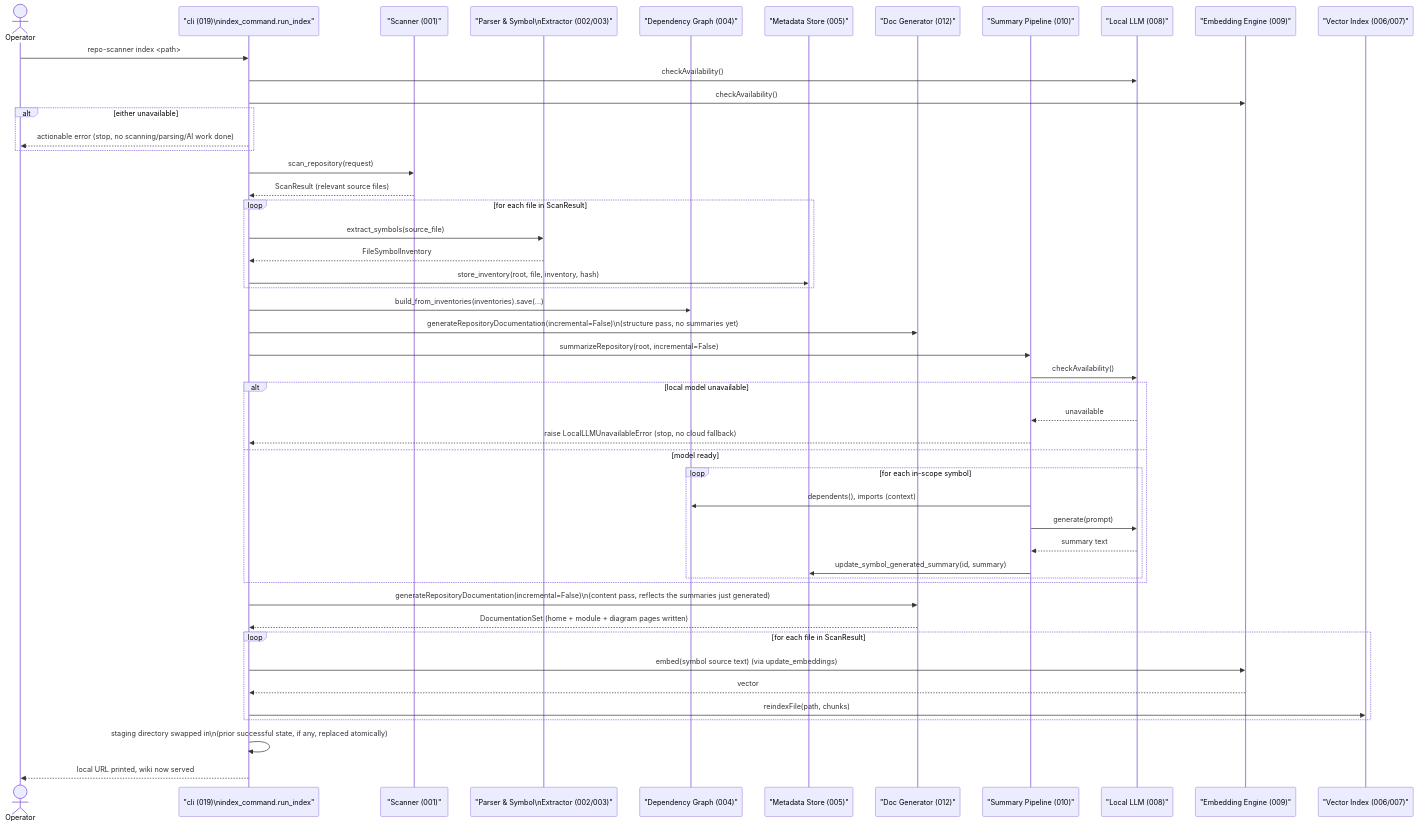
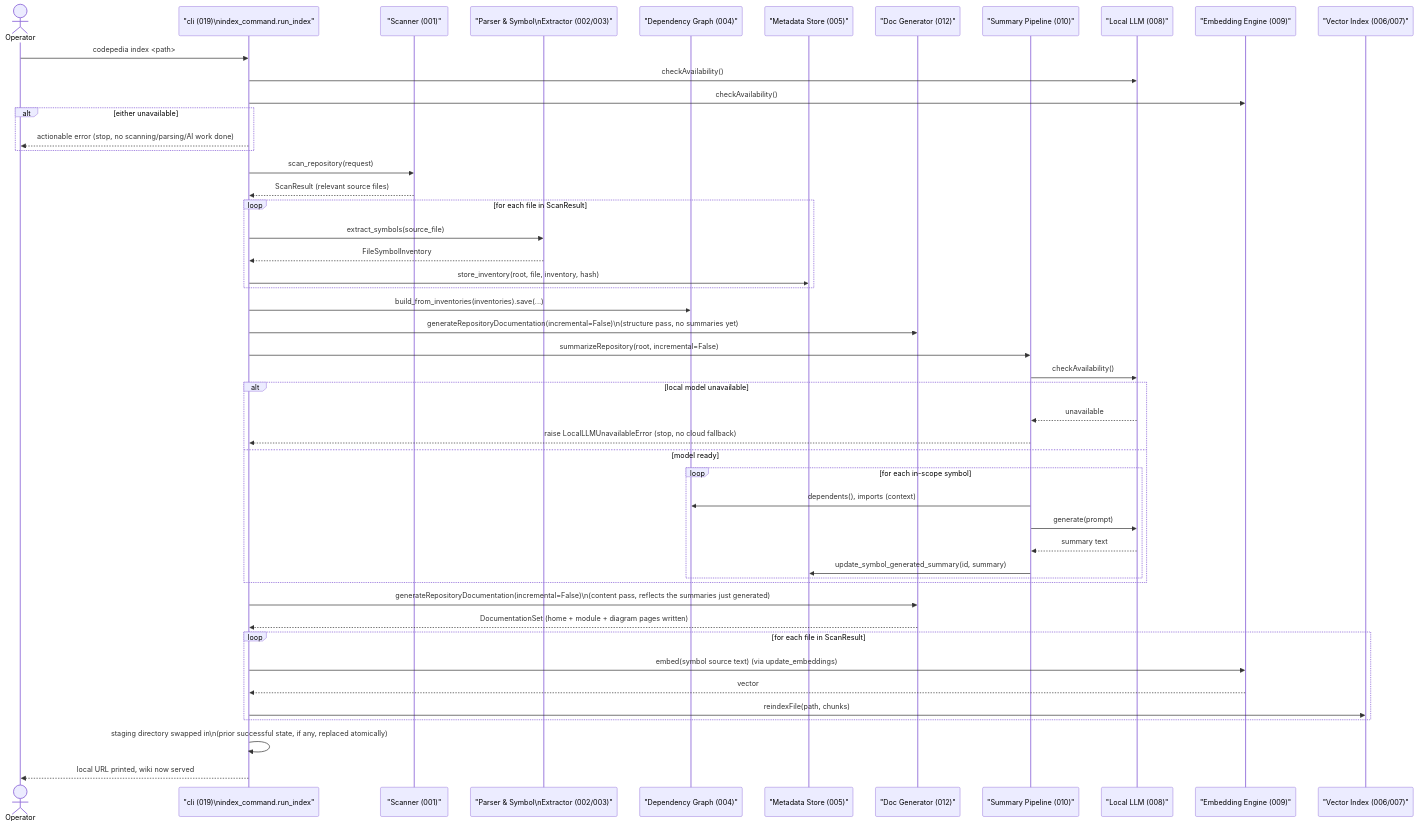
Before and after one commit to yassinelalaoui/codepedia: the diagram in docs/diagrams/sequence-diagrams/01-full-indexing.md, drawn with Mermaid. The commit also changed other lines of this file and 65 other files, not shown here.

First line of the commit message:
Rename project from repo-scanner to codepedia

````diff
--- a/docs/diagrams/sequence-diagrams/01-full-indexing.md
+++ b/docs/diagrams/sequence-diagrams/01-full-indexing.md
@@ -11,59 +11,59 @@
 ```mermaid
 sequenceDiagram
     actor Operator
     participant cli as "cli (019)\nindex_command.run_index"
     participant scan_repository as "Scanner (001)"
     participant extract_symbols as "Parser & Symbol\nExtractor (002/003)"
     participant DependencyGraph as "Dependency Graph (004)"
     participant RepositoryMetadataStore as "Metadata Store (005)"
     participant DocGenerator as "Doc Generator (012)"
     participant CodeSummaryPipeline as "Summary Pipeline (010)"
     participant LocalLLMEngine as "Local LLM (008)"
     participant EmbeddingEngine as "Embedding Engine (009)"
     participant VectorIndex as "Vector Index (006/007)"
 
-    Operator->>cli: repo-scanner index <path>
+    Operator->>cli: codepedia index <path>
     cli->>LocalLLMEngine: checkAvailability()
     cli->>EmbeddingEngine: checkAvailability()
     alt either unavailable
         cli-->>Operator: actionable error (stop, no scanning/parsing/AI work done)
     end
 
     cli->>scan_repository: scan_repository(request)
     scan_repository-->>cli: ScanResult (relevant source files)
 
     loop for each file in ScanResult
         cli->>extract_symbols: extract_symbols(source_file)
         extract_symbols-->>cli: FileSymbolInventory
         cli->>RepositoryMetadataStore: store_inventory(root, file, inventory, hash)
     end
     cli->>DependencyGraph: build_from_inventories(inventories).save(...)
 
     cli->>DocGenerator: generateRepositoryDocumentation(incremental=False)\n(structure pass, no summaries yet)
 
     cli->>CodeSummaryPipeline: summarizeRepository(root, incremental=False)
     CodeSummaryPipeline->>LocalLLMEngine: checkAvailability()
     alt local model unavailable
         LocalLLMEngine-->>CodeSummaryPipeline: unavailable
         CodeSummaryPipeline-->>cli: raise LocalLLMUnavailableError (stop, no cloud fallback)
     else model ready
         loop for each in-scope symbol
             CodeSummaryPipeline->>DependencyGraph: dependents(), imports (context)
             CodeSummaryPipeline->>LocalLLMEngine: generate(prompt)
             LocalLLMEngine-->>CodeSummaryPipeline: summary text
             CodeSummaryPipeline->>RepositoryMetadataStore: update_symbol_generated_summary(id, summary)
         end
     end
 
     cli->>DocGenerator: generateRepositoryDocumentation(incremental=False)\n(content pass, reflects the summaries just generated)
     DocGenerator-->>cli: DocumentationSet (home + module + diagram pages written)
 
     loop for each file in ScanResult
         cli->>EmbeddingEngine: embed(symbol source text) (via update_embeddings)
         EmbeddingEngine-->>cli: vector
         cli->>VectorIndex: reindexFile(path, chunks)
     end
 
     cli->>cli: staging directory swapped in\n(prior successful state, if any, replaced atomically)
     cli-->>Operator: local URL printed, wiki now served
 ```
````
